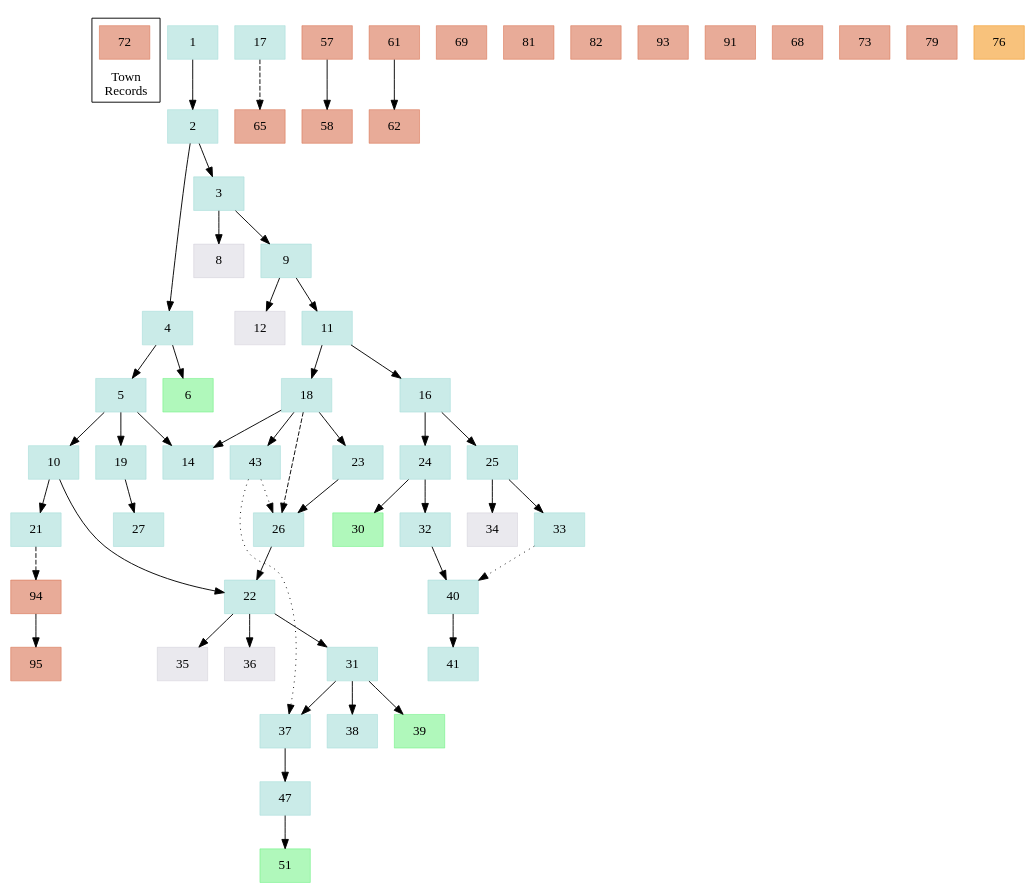
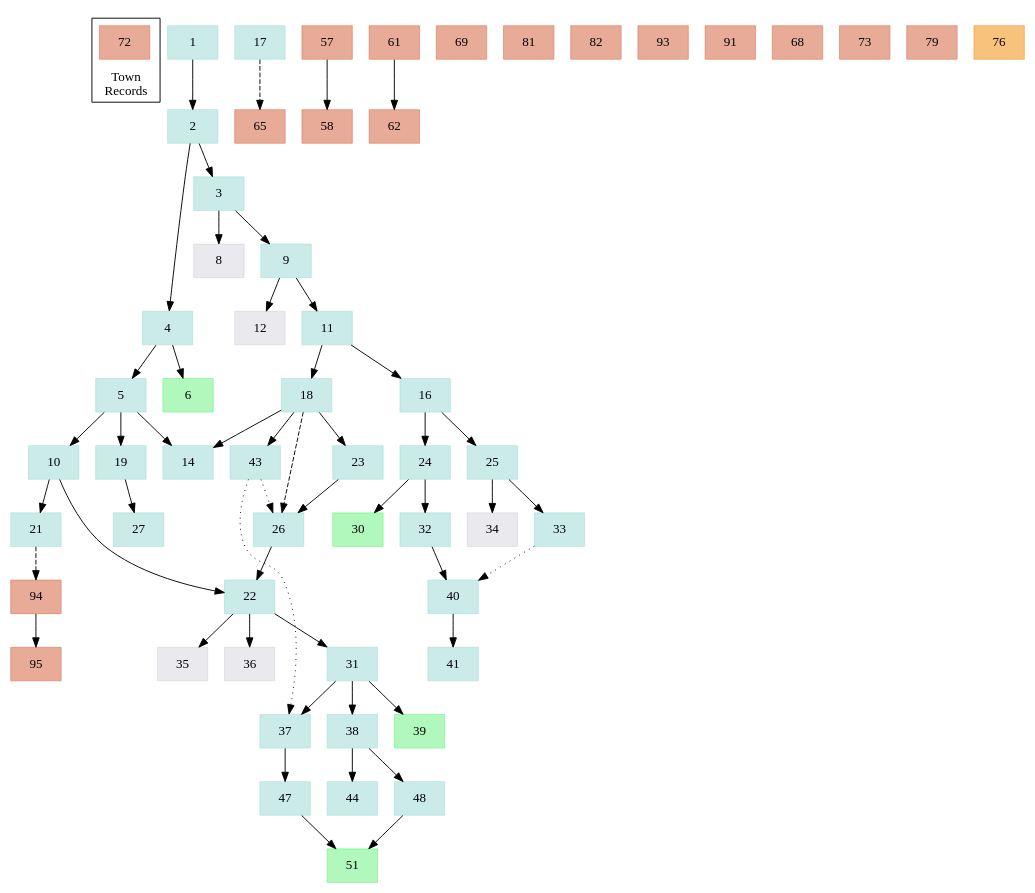
The diagram in tree.dot (Kreest/gloomhaven-lorax), drawn with Graphviz before and after one commit. The commit also changed 20 other files, not shown here.

```diff
--- a/tree.dot
+++ b/tree.dot
@@ -1,84 +1,88 @@
 digraph G{
 ratio="auto"
 graph [fontname = "Pirata One"];
 node [fontname = "Pirata One", shape="plaintext"];
 node [	shape = box,
 		color = "#a1dbd690",
 		style = filled,
         imagepos = "tc",
         fixedsize=true,
         imagescale=true
 		];
 //Town records
 subgraph cluster_0 { 
     rankdir = TD;
     label = "Town\n Records";
     labelloc = b;
     72
     //72->73 [color=transparent]
     
 }
 bgcolor="#00000000"
 1->2->3->9
 2->4
 3->8
 4->5
 5->10
 10->21
 9->11
 9->12
 11->18
 11->16
 16->24
 5->14
 18->14
 18->23
 4->6
 10->22
 16->25
 5->19
 18->26 [style=dashed]
 18->43
 23->26
 24->32
 24->30
 43->26 [style=dotted]
 25->33
 25->34
 33->40 [style=dotted]
 21->94 [style=dashed]
 94->95
 26->22
 22->35
 22->36
 22->31
 31->37
 31->38
 31->39
 43->37 [style=dotted, constraint = false]
 37->47
 47->51
 17->65 [style=dashed]
 32->40
 40->41
 57->58
 19->27
 61->62
+38->48
+38->44
+48->51
+    
 
 //sidequests completed
 {57, 58, 69, 81, 82, 93, 94, 95, 65, 72, 91, 68, 61, 62, 73, 79 [color="#d76b4a90"]}
 
 //sidequests new
 {76 [color="#f2931790"]}
 
 //new quests
 {6, 30, 34, 51, 39 [color = "#4cee6570"]}
 
 //never going back again
 {12, 8, 34, 35, 36 [color="#928CA230"]}
 
 
 //failed
 // [color="#FF00FF90"];
 
 }
```
